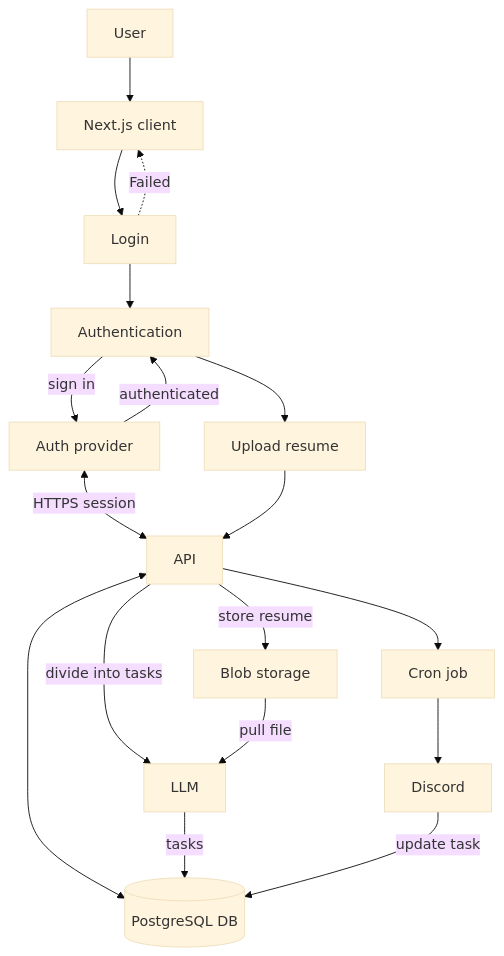
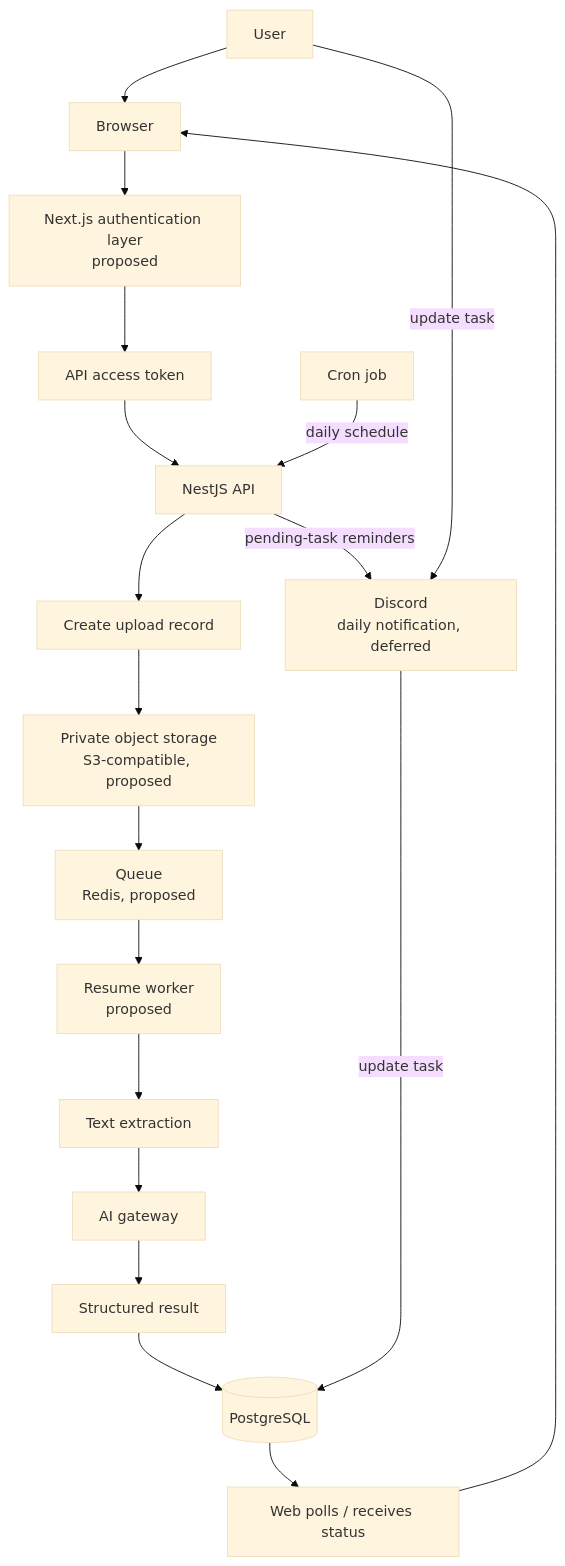
The diagram in docs/architecture/system-design.md (neerajram30/carrier-switch-assistant), drawn with Mermaid (base theme) before and after one commit. The commit also changed other lines of this file and 2 other files, not shown here.

````diff
--- a/docs/architecture/system-design.md
+++ b/docs/architecture/system-design.md
@@ -126,22 +139,26 @@
 ```mermaid
 flowchart TB
-    User[User] --> Client[Next.js client]
-    Client --> Login[Login]
-    Login --> Authentication[Authentication]
-    Login -. Failed .-> Client
-    Authentication -->|sign in| AuthProvider[Auth provider]
-    AuthProvider -->|authenticated| Authentication
-    AuthProvider <-->|HTTPS session| API[API]
-    Authentication --> Upload[Upload resume]
-    Upload --> API
+    User[User]
+    Browser[Browser]
+    AuthLayer[Next.js authentication layer<br/>proposed]
+    AccessToken[API access token]
+    API[NestJS API]
+    UploadRecord[Create upload record]
+    Storage[Private object storage<br/>S3-compatible, proposed]
+    Queue[Queue<br/>Redis, proposed]
+    Worker[Resume worker<br/>proposed]
+    Extraction[Text extraction]
+    Gateway[AI gateway]
+    Result[Structured result]
+    Database[(PostgreSQL)]
+    Status[Web polls / receives status]
+    Cron[Cron job]
+    Discord[Discord<br/>daily notification, deferred]
 
-    API <--> Database[(PostgreSQL DB)]
-    API -->|store resume| Storage[Blob storage]
-    API -->|divide into tasks| LLM[LLM]
-    Storage -->|pull file| LLM
-    LLM -->|tasks| Database
-
-    API --> Cron[Cron job]
-    Cron --> Discord[Discord]
+    User --> Browser --> AuthLayer --> AccessToken --> API --> UploadRecord --> Storage --> Queue --> Worker --> Extraction --> Gateway --> Result --> Database --> Status
+    Status --> Browser
+    Cron -->|daily schedule| API
+    API -->|pending-task reminders| Discord
+    User -->|update task| Discord
     Discord -->|update task| Database
 ```
````
